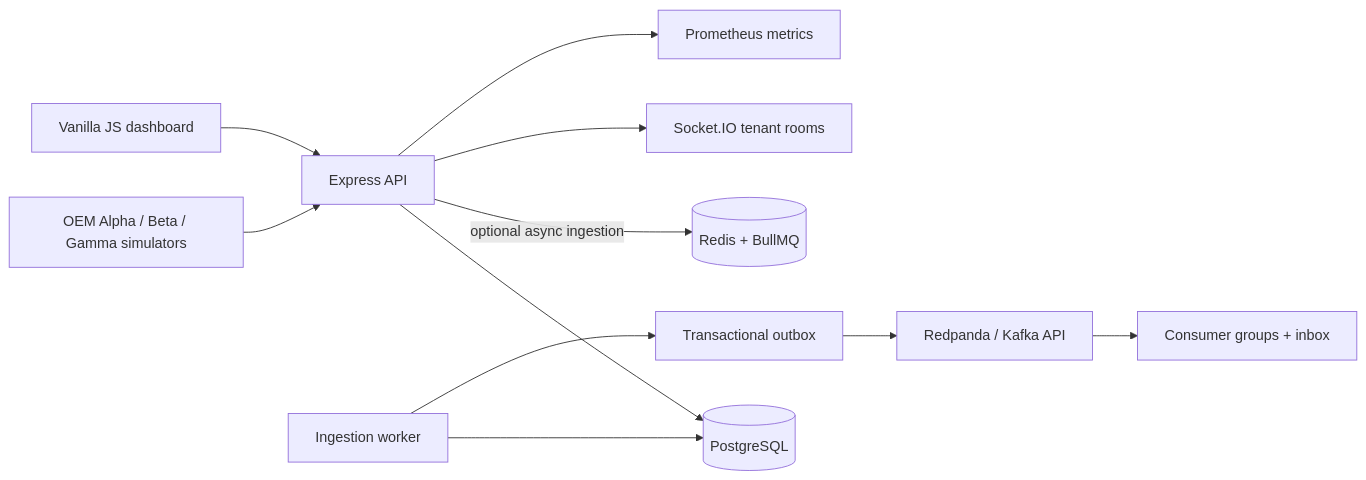
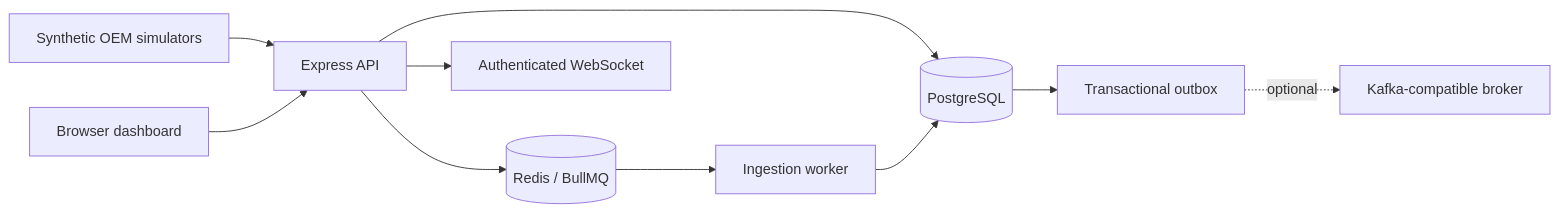
One commit to Ayush-o1/Parallax changed the diagram in README.md. Above: the diagram before and after it, drawn with Mermaid. The commit also changed other lines of this file and 11 other files, not shown here.

````diff
--- a/README.md
+++ b/README.md
@@ -9,13 +20,12 @@
 ```mermaid
 flowchart LR
-  SIM[OEM Alpha / Beta / Gamma simulators] --> API[Express API]
-  UI[Vanilla JS dashboard] --> API
+  SIM[Synthetic OEM simulators] --> API[Express API]
+  UI[Browser dashboard] --> API
   API --> PG[(PostgreSQL)]
-  API -->|optional async ingestion| REDIS[(Redis + BullMQ)]
-  WORKER[Ingestion worker] --> PG
-  WORKER --> OUTBOX[Transactional outbox]
-  OUTBOX --> RP[Redpanda / Kafka API]
-  RP --> CONSUMERS[Consumer groups + inbox]
-  API --> WS[Socket.IO tenant rooms]
-  API --> METRICS[Prometheus metrics]
+  API --> Q[(Redis / BullMQ)]
+  Q --> W[Ingestion worker]
+  W --> PG
+  PG --> O[Transactional outbox]
+  O -. optional .-> K[Kafka-compatible broker]
+  API --> WS[Authenticated WebSocket]
 ```
````
